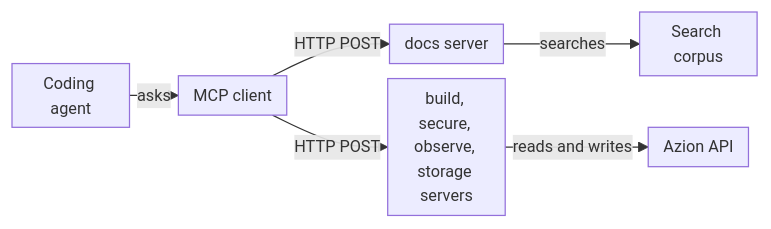
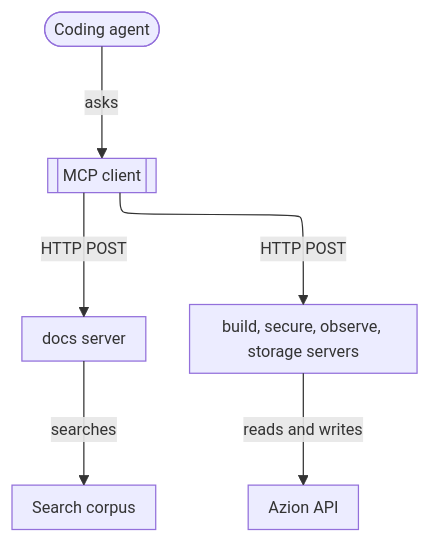
One commit to aziontech/docs changed the diagram in apps/docs/src/content/docs/en/pages/devtools/mcp/mcp-how-it-works.mdx. Above: the diagram before and after it, drawn with Mermaid. The commit also changed 179 other files, not shown here.

Commit message:
docs(diagrams): redraw every other diagram in the use-case diagram style (#2513)

````diff
--- a/apps/docs/src/content/docs/en/pages/devtools/mcp/mcp-how-it-works.mdx
+++ b/apps/docs/src/content/docs/en/pages/devtools/mcp/mcp-how-it-works.mdx
@@ -26,9 +26,9 @@
 ```mermaid
-%%{init: {"layout": "dagre", "themeVariables": {"fontSize": "13px"}, "flowchart": {"nodeSpacing": 12, "rankSpacing": 12, "padding": 6, "wrappingWidth": 70, "minNodeWidth": 40, "useMaxWidth": true}}}%%
-flowchart LR
-  Agent["Coding agent"] -->|"asks"| Client["MCP client"]
+%%{init: {"layout": "elk", "themeVariables": {"fontSize": "13px"}, "flowchart": {"nodeSpacing": 24, "rankSpacing": 36, "padding": 8, "wrappingWidth": 150, "useMaxWidth": true}, "sequence": {"width": 120, "actorMargin": 30, "useMaxWidth": true}}}%%
+flowchart TD
+  Agent(["Coding agent"]) -->|"asks"| Client[["MCP client"]]
   Client -->|"HTTP POST"| Docs["docs server"]
   Client -->|"HTTP POST"| Domain["build, secure, observe, storage servers"]
   Docs -->|"searches"| Corpus["Search corpus"]
   Domain -->|"reads and writes"| Api["Azion API"]
 ```
````
